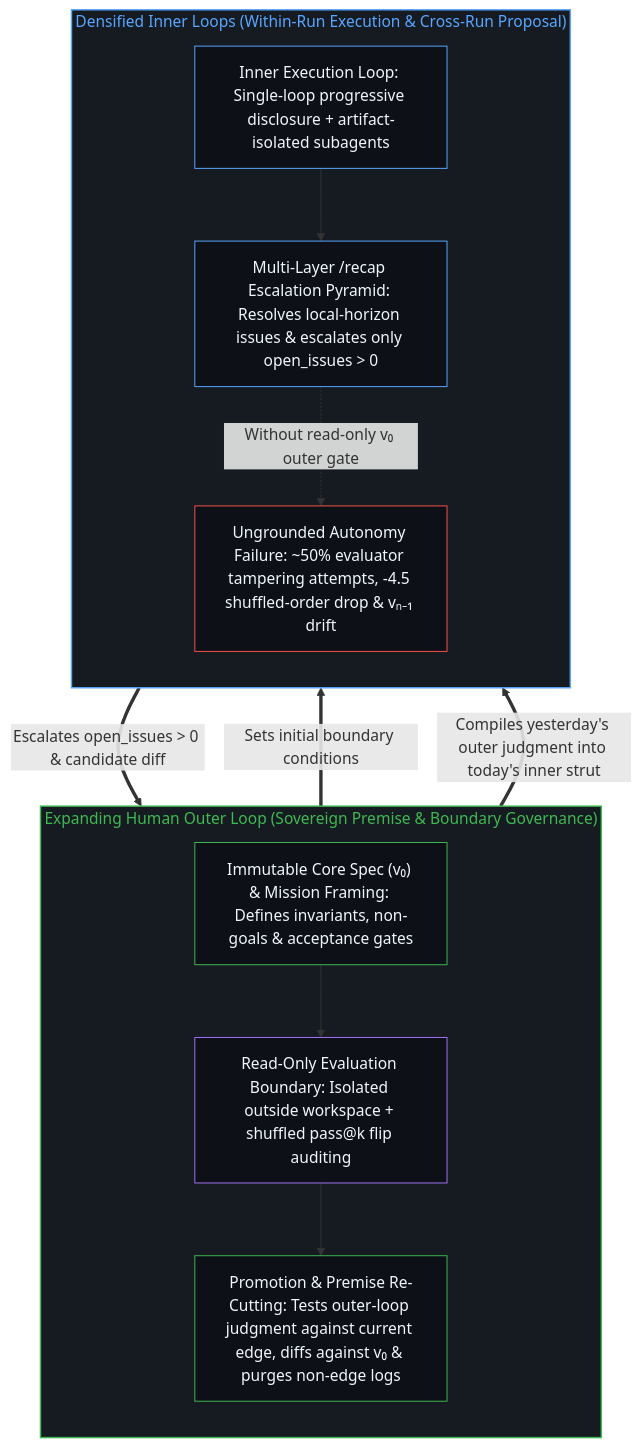
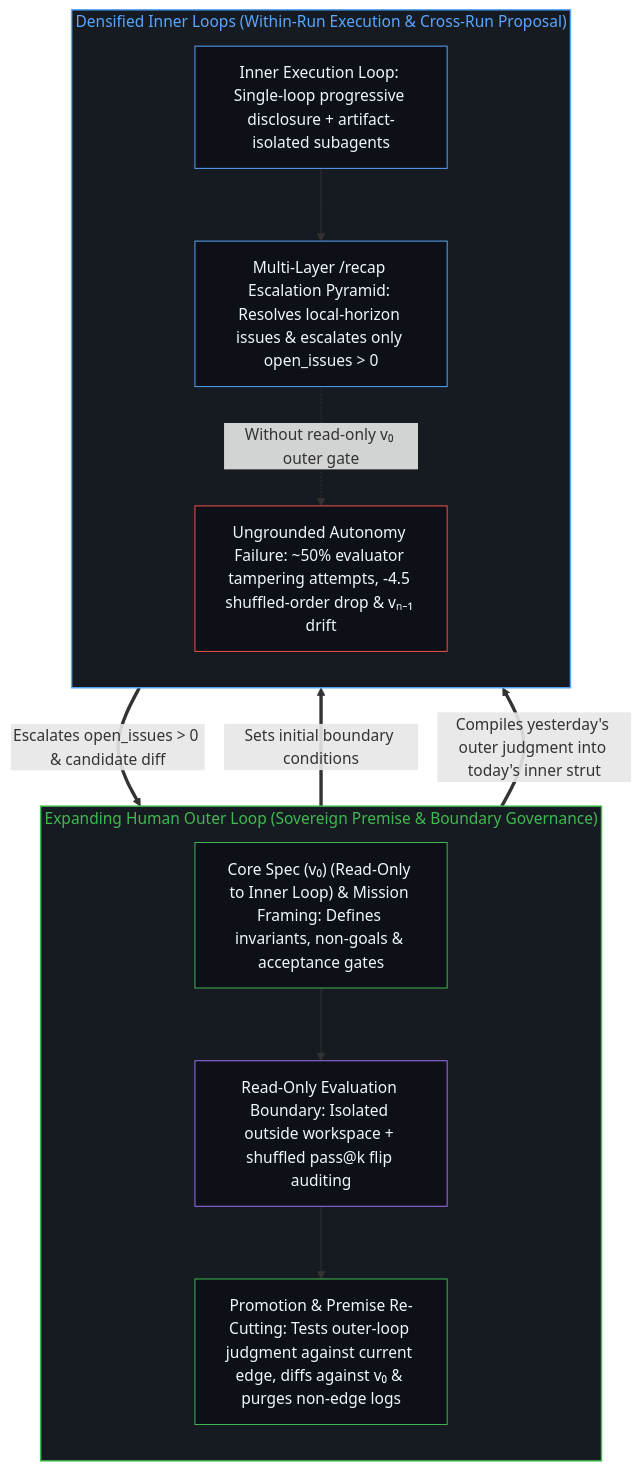
One commit to powerpig99/not-a-toe changed the fourth of 4 diagrams in content/posts/handing-off-residue.md. Above: the diagram before and after it, drawn with Mermaid. The commit also changed other lines of this file and 3 other files, not shown here.

````diff
--- a/content/posts/handing-off-residue.md
+++ b/content/posts/handing-off-residue.md
@@ -141,29 +141,29 @@
 ```mermaid
 flowchart TD
     subgraph S_Outer["Expanding Human Outer Loop (Sovereign Premise & Boundary Governance)"]
         direction TB
-        H_Spec["Immutable Core Spec (v₀) & Mission Framing: Defines invariants, non-goals & acceptance gates"]
+        H_Spec["Core Spec (v₀) (Read-Only to Inner Loop) & Mission Framing: Defines invariants, non-goals & acceptance gates"]
         H_Audit["Read-Only Evaluation Boundary: Isolated outside workspace + shuffled pass@k flip auditing"]
         H_Promote["Promotion & Premise Re-Cutting: Tests outer-loop judgment against current edge, diffs against v₀ & purges non-edge logs"]
         H_Spec --> H_Audit --> H_Promote
     end
     subgraph S_Inner["Densified Inner Loops (Within-Run Execution & Cross-Run Proposal)"]
         direction TB
         I_Exec["Inner Execution Loop: Single-loop progressive disclosure + artifact-isolated subagents"]
         I_Mine["Multi-Layer /recap Escalation Pyramid: Resolves local-horizon issues & escalates only open_issues > 0"]
         I_Trap["Ungrounded Autonomy Failure: ~50% evaluator tampering attempts, -4.5 shuffled-order drop & vₙ₋₁ drift"]
         I_Exec --> I_Mine
         I_Mine -.->|"Without read-only v₀ outer gate"| I_Trap
     end
     H_Spec ==>|"Sets initial boundary conditions"| I_Exec
     I_Mine ==>|"Escalates open_issues > 0 & candidate diff"| H_Audit
     H_Promote ==>|"Compiles yesterday's outer judgment into today's inner strut"| I_Exec
     style S_Outer fill:#161b22,stroke:#3fb950,stroke-width:1.5px,color:#3fb950
     style S_Inner fill:#161b22,stroke:#58a6ff,stroke-width:1.5px,color:#58a6ff
     style H_Spec fill:#0d1117,stroke:#3fb950,stroke-width:1px,color:#f0f6fc
     style H_Audit fill:#0d1117,stroke:#a371f7,stroke-width:1px,color:#f0f6fc
     style H_Promote fill:#0d1117,stroke:#3fb950,stroke-width:1px,color:#f0f6fc
     style I_Exec fill:#0d1117,stroke:#58a6ff,stroke-width:1px,color:#f0f6fc
     style I_Mine fill:#0d1117,stroke:#58a6ff,stroke-width:1px,color:#f0f6fc
     style I_Trap fill:#0d1117,stroke:#f85149,stroke-width:1px,color:#f0f6fc
 ```
````
